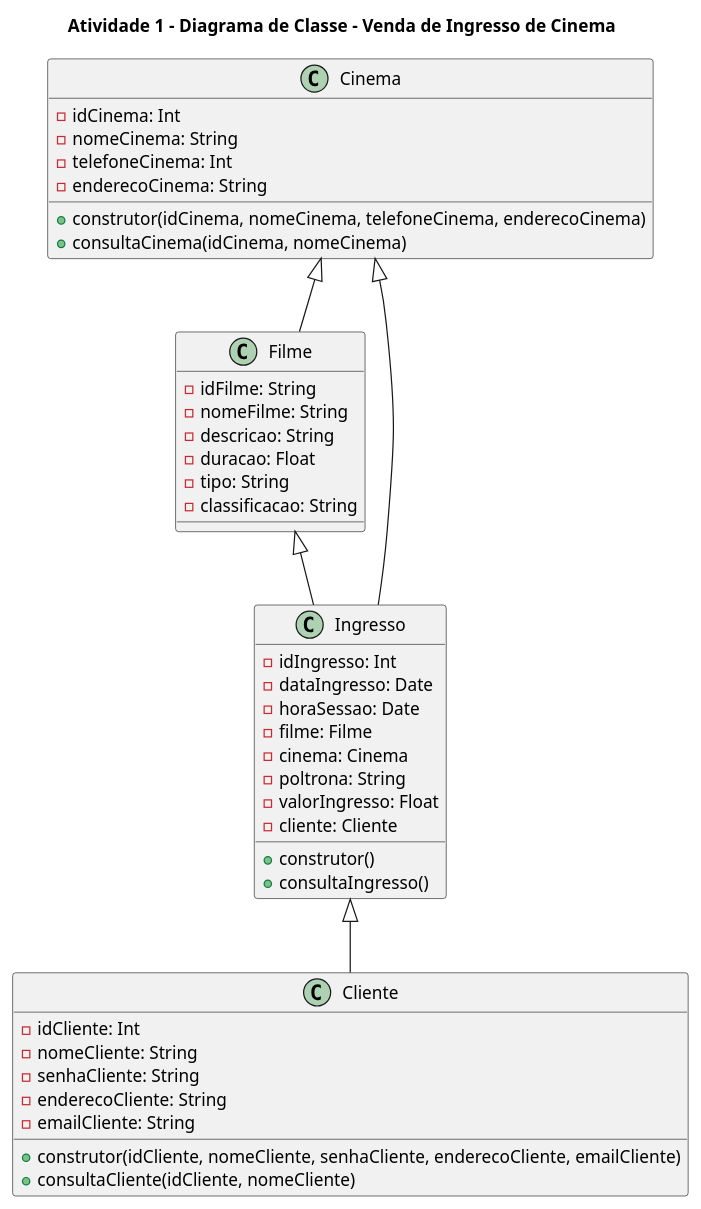
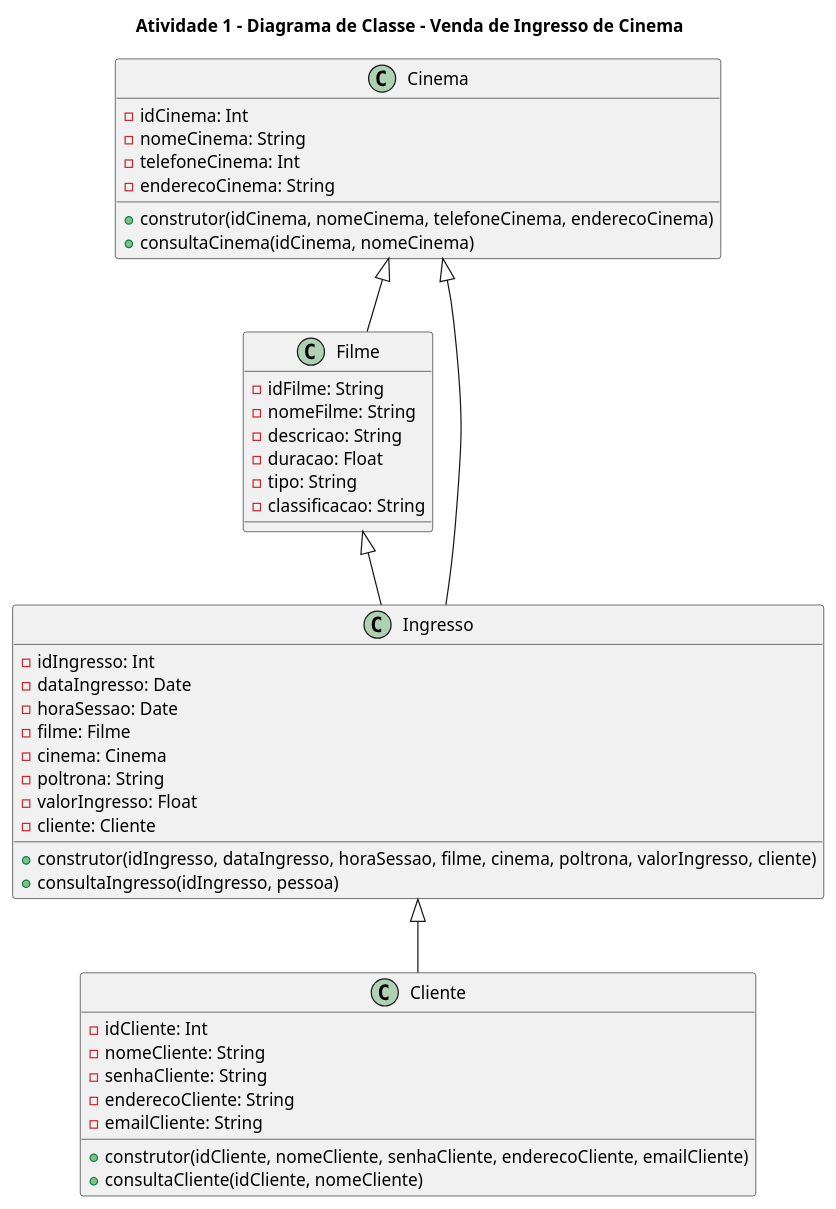
One commit to anleaes/2023-1-N1-POO-09 changed the diagram in Modelagem/Clientes.plantuml. Above: the diagram before and after it, drawn with PlantUML.

Commit message:
Construtores Ingresso
Criação dos construtores para a classe Ingresso

```diff
--- a/Modelagem/Clientes.plantuml
+++ b/Modelagem/Clientes.plantuml
@@ -2,54 +2,54 @@
 @startuml A1
 
 title Atividade 1 - Diagrama de Classe - Venda de Ingresso de Cinema
 
 
     class Cliente{
     - idCliente: Int
     - nomeCliente: String
     - senhaCliente: String 
     - enderecoCliente: String
     - emailCliente: String
     + construtor(idCliente, nomeCliente, senhaCliente, enderecoCliente, emailCliente)
     + consultaCliente(idCliente, nomeCliente)
 }
 
 class Cinema{
     - idCinema: Int
     - nomeCinema: String
     - telefoneCinema: Int
     - enderecoCinema: String
     + construtor(idCinema, nomeCinema, telefoneCinema, enderecoCinema)
     + consultaCinema(idCinema, nomeCinema)
 }
 
 class Filme{
     - idFilme: String
     - nomeFilme: String
     - descricao: String
     - duracao: Float
     - tipo: String
     - classificacao: String
 }
 
 class Ingresso{
     - idIngresso: Int
     - dataIngresso: Date
     - horaSessao: Date
     - filme: Filme
     - cinema: Cinema
     - poltrona: String
     - valorIngresso: Float
     - cliente: Cliente
-    + construtor()
-    + consultaIngresso()
+    + construtor(idIngresso, dataIngresso, horaSessao, filme, cinema, poltrona, valorIngresso, cliente)
+    + consultaIngresso(idIngresso, pessoa)
 }
 
 
 
 Ingresso <|-- Cliente
 Filme <|-- Ingresso
 Cinema <|-- Ingresso
 Cinema <|-- Filme
 
 @enduml
```
